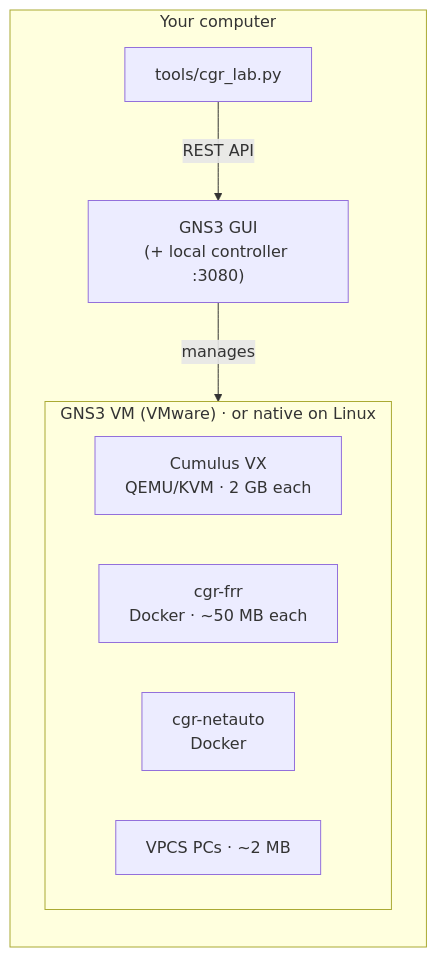
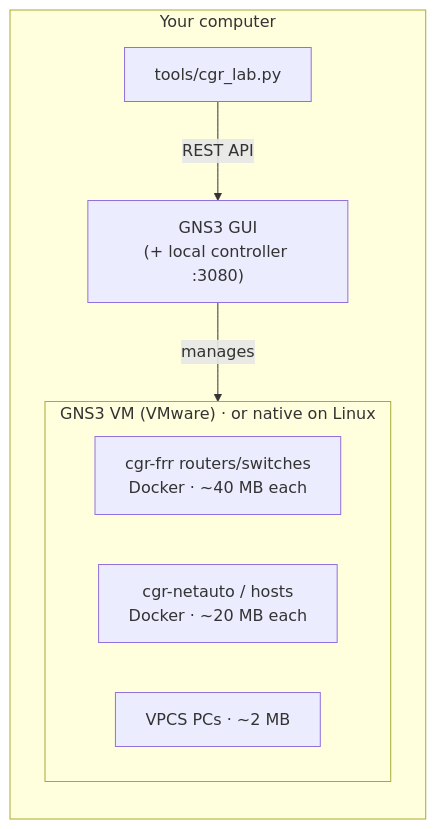
The diagram in docs/00-overview.md (cgr-fct/cgr-gns3-lab), drawn with Mermaid before and after one commit. The commit also changed other lines of this file and 61 other files, not shown here.

First line of the commit message:
Single FRR-based kit for all platforms: remove Cumulus VX/NVUE and lite mode, SSH/Ansible automation, per-lab inventory

````diff
--- a/docs/00-overview.md
+++ b/docs/00-overview.md
@@ -3,15 +3,14 @@
 ```mermaid
 graph LR
   subgraph laptop["Your computer"]
     gui["GNS3 GUI<br/>(+ local controller :3080)"]
     tool["tools/cgr_lab.py"]
     subgraph vm["GNS3 VM (VMware)  ·  or native on Linux"]
-      cvx["Cumulus VX<br/>QEMU/KVM · 2 GB each"]
-      frr["cgr-frr<br/>Docker · ~50 MB each"]
-      na["cgr-netauto<br/>Docker"]
+      frr["cgr-frr routers/switches<br/>Docker · ~40 MB each"]
+      na["cgr-netauto / hosts<br/>Docker · ~20 MB each"]
       vpcs["VPCS PCs · ~2 MB"]
     end
   end
   tool -- "REST API" --> gui
   gui -- "manages" --> vm
 ```
````
